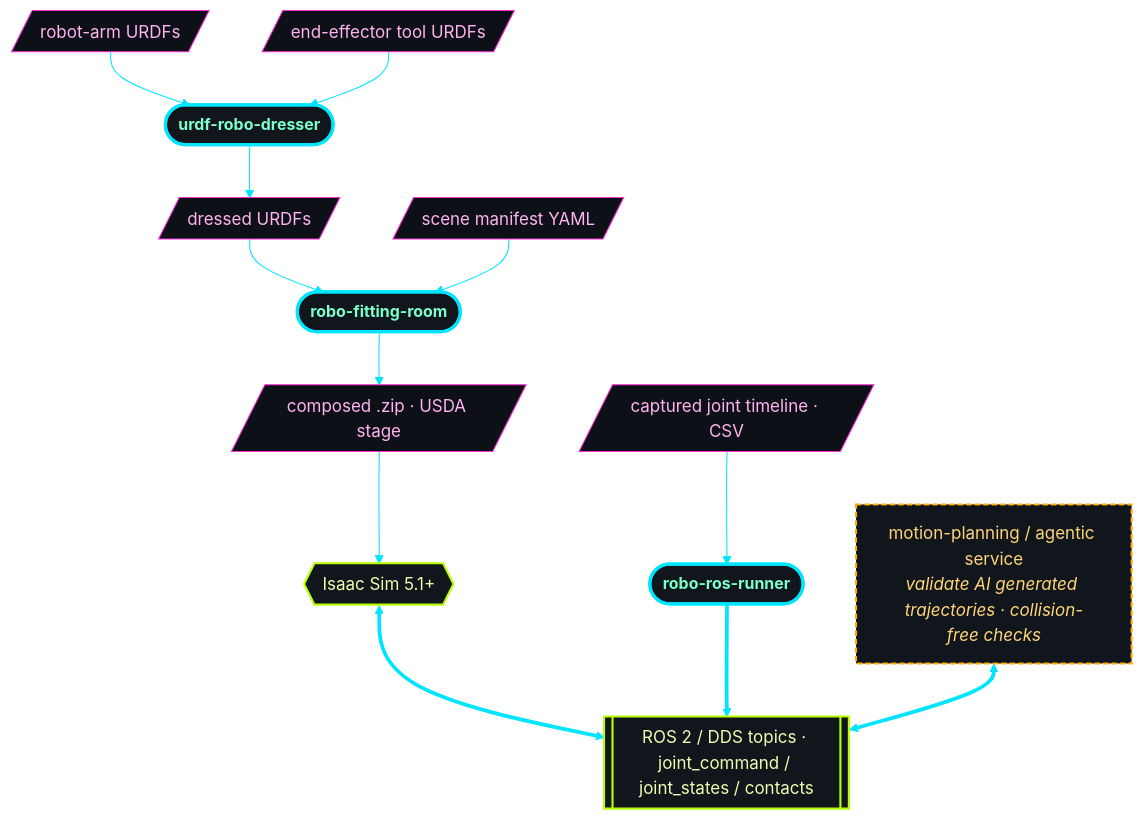
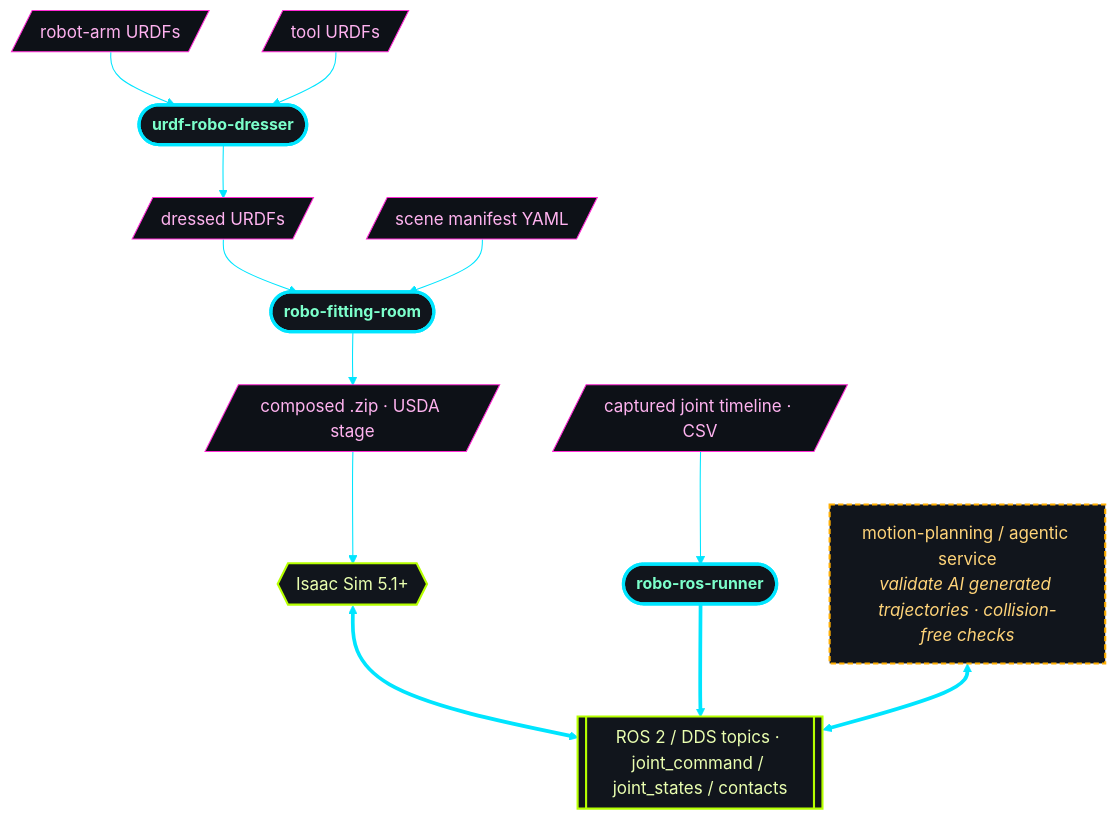
The diagram in README.md (aws-samples/sample-robotic-cellsim-tools), drawn with Mermaid before and after one commit.

````diff
--- a/README.md
+++ b/README.md
@@ -22,32 +22,32 @@
 ```mermaid
 %%{init: {'theme':'base','themeVariables':{
   'background':'#0a0e14','primaryColor':'#11151c','primaryTextColor':'#e6faff',
   'primaryBorderColor':'#00e5ff','lineColor':'#00e5ff','fontFamily':'monospace',
   'clusterBkg':'#0a0e14','clusterBorder':'#1f6feb'}}}%%
 flowchart TD
     ROBOT[/"robot-arm URDFs"/]:::data
-    TOOL[/"end-effector tool URDFs"/]:::data
+    TOOL[/"tool URDFs"/]:::data
     DRESS(["<b>urdf-robo-dresser</b>"]):::tool
     DRESSED[/"dressed URDFs"/]:::data
     MAN[/"scene manifest YAML"/]:::data
     FIT(["<b>robo-fitting-room</b>"]):::tool
     ZIP[/"composed .zip · USDA stage"/]:::data
     ISAAC{{"Isaac Sim 5.1+"}}:::sim
     ROS[["ROS 2 / DDS topics · joint_command / joint_states / contacts"]]:::sim
     CSV[/"captured joint timeline · CSV"/]:::data
     R3(["<b>robo-ros-runner</b>"]):::tool
     PLAN["motion-planning / agentic service<br/><i>validate AI generated trajectories · collision-free checks</i>"]:::ext
 
     ROBOT --> DRESS
     TOOL --> DRESS
     DRESS --> DRESSED --> FIT
     MAN --> FIT --> ZIP --> ISAAC
     ISAAC <==> ROS
     CSV --> R3 ==> ROS
     PLAN <==> ROS
 
     classDef tool fill:#11151c,stroke:#00e5ff,stroke-width:3px,color:#7CFFCB,font-weight:bold,font-size:15px;
     classDef data fill:#0d1117,stroke:#ff2bd6,stroke-width:1px,color:#ffb3f0;
     classDef sim  fill:#11151c,stroke:#b6ff00,stroke-width:2px,color:#eaffb0;
     classDef ext  fill:#11151c,stroke:#ffae00,stroke-width:2px,color:#ffd479,stroke-dasharray:5 3;
 ```
````
